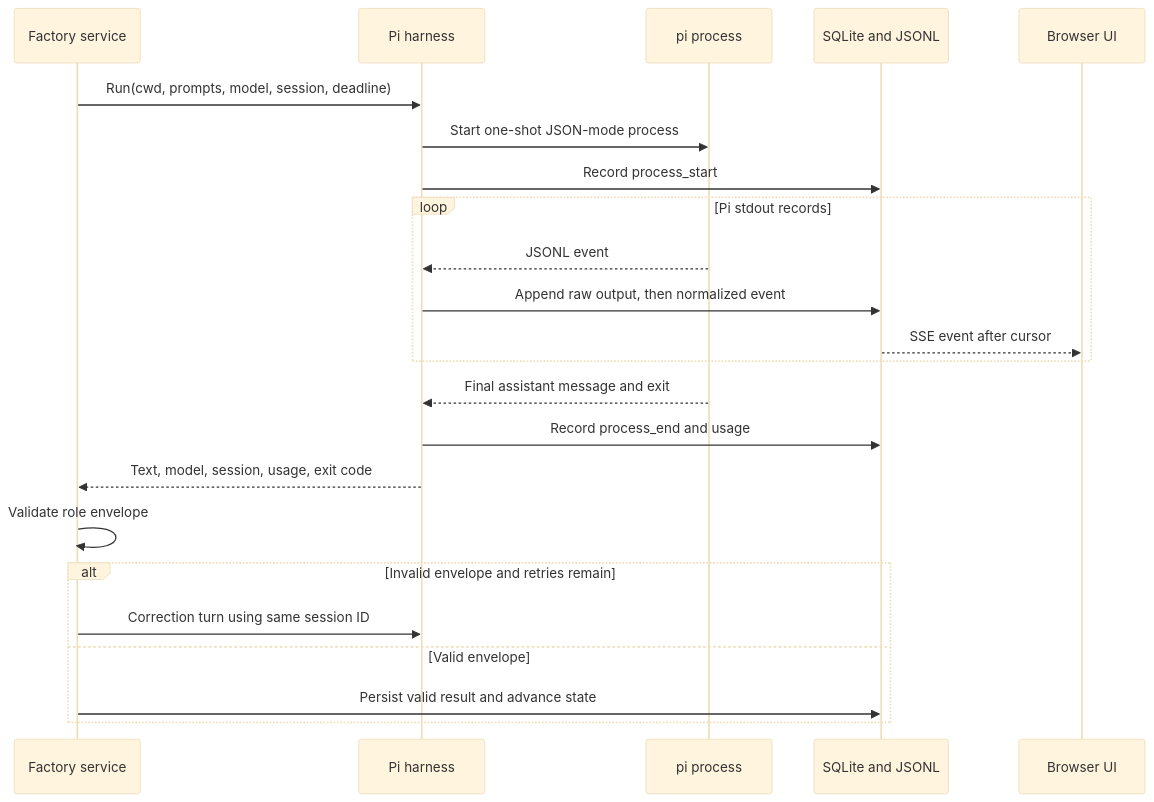
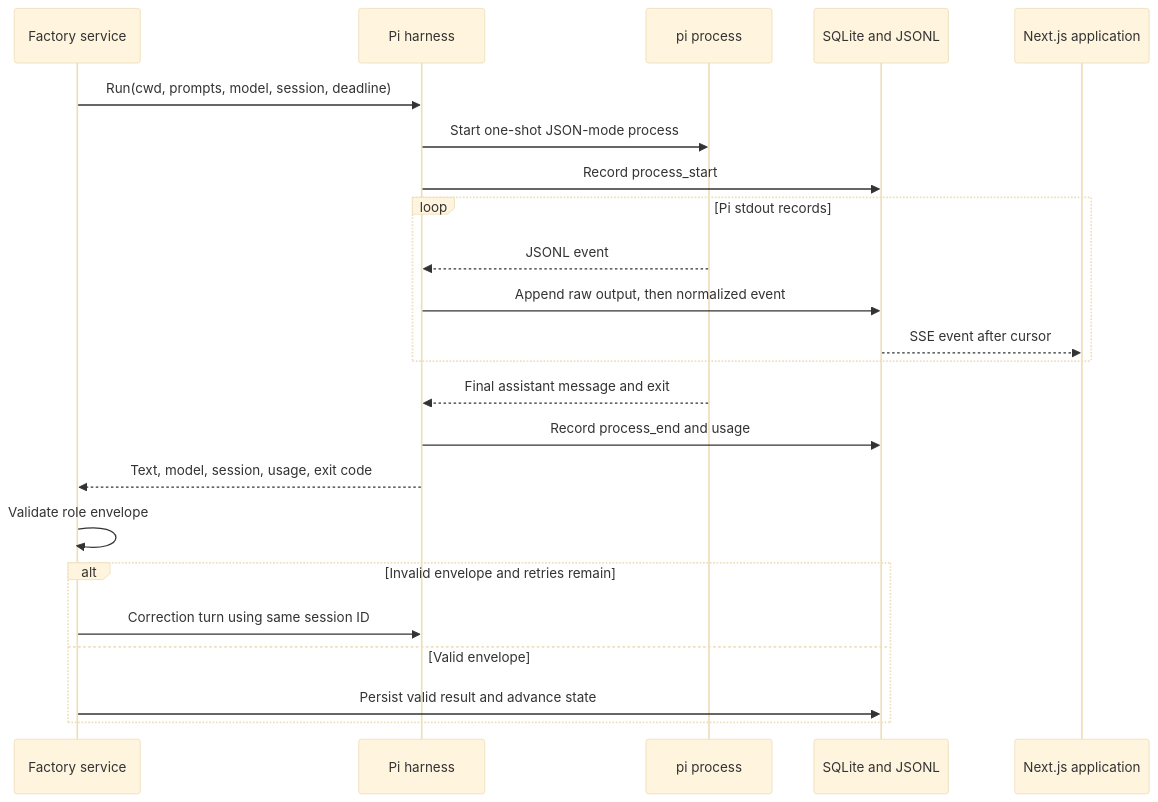
One commit to jurabek/software-factory changed the fourth of 4 diagrams in docs/ARCHITECTURE.md. Above: the diagram before and after it, drawn with Mermaid (base theme). The commit also changed other lines of this file and 162 other files, not shown here.

````diff
--- a/docs/ARCHITECTURE.md
+++ b/docs/ARCHITECTURE.md
@@ -149,26 +257,26 @@
 ```mermaid
 sequenceDiagram
     participant F as Factory service
     participant H as Pi harness
     participant P as pi process
     participant D as SQLite and JSONL
-    participant U as Browser UI
+    participant U as Next.js application
 
     F->>H: Run(cwd, prompts, model, session, deadline)
     H->>P: Start one-shot JSON-mode process
     H->>D: Record process_start
     loop Pi stdout records
         P-->>H: JSONL event
         H->>D: Append raw output, then normalized event
         D-->>U: SSE event after cursor
     end
     P-->>H: Final assistant message and exit
     H->>D: Record process_end and usage
     H-->>F: Text, model, session, usage, exit code
     F->>F: Validate role envelope
     alt Invalid envelope and retries remain
         F->>H: Correction turn using same session ID
     else Valid envelope
         F->>D: Persist valid result and advance state
     end
 ```
````
